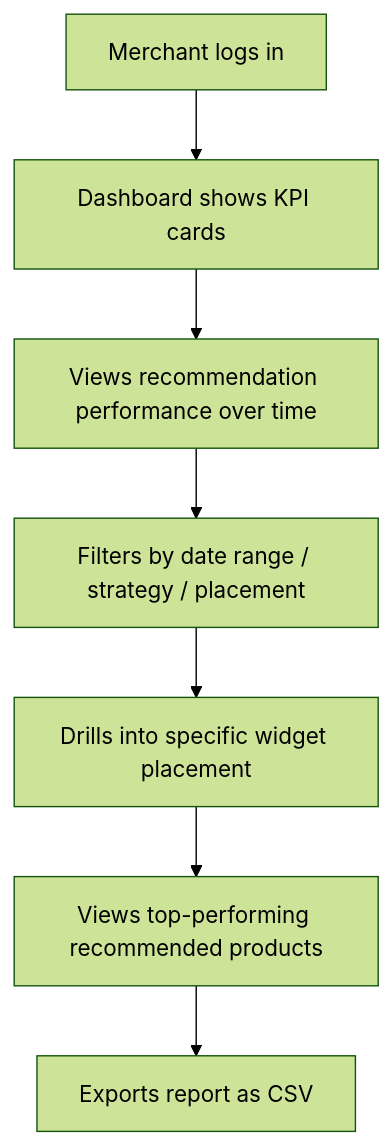
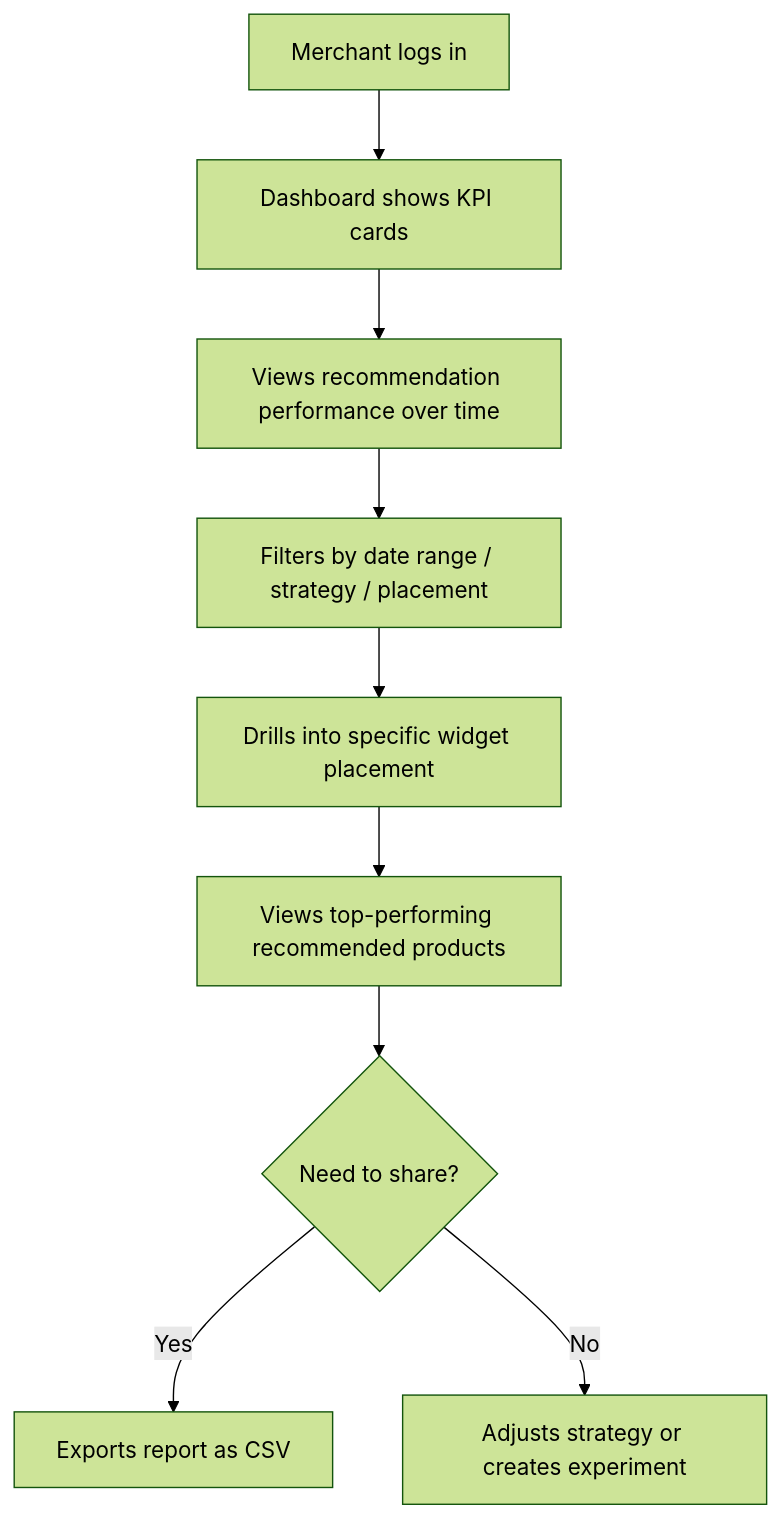
Before and after one commit to Tamoura/Claude-Code-creates-the-SW-company: the seventh of 8 diagrams in products/recomengine/docs/PRD.md, drawn with Mermaid (forest theme). The commit also changed other lines of this file and 2 other files, not shown here.

````diff
--- a/products/recomengine/docs/PRD.md
+++ b/products/recomengine/docs/PRD.md
@@ -289,9 +575,11 @@
 ```mermaid
 flowchart TD
     A[Merchant logs in] --> B[Dashboard shows KPI cards]
     B --> C[Views recommendation performance over time]
     C --> D[Filters by date range / strategy / placement]
     D --> E[Drills into specific widget placement]
     E --> F[Views top-performing recommended products]
-    F --> G[Exports report as CSV]
+    F --> G{Need to share?}
+    G -->|Yes| H[Exports report as CSV]
+    G -->|No| I[Adjusts strategy or creates experiment]
 ```
````
